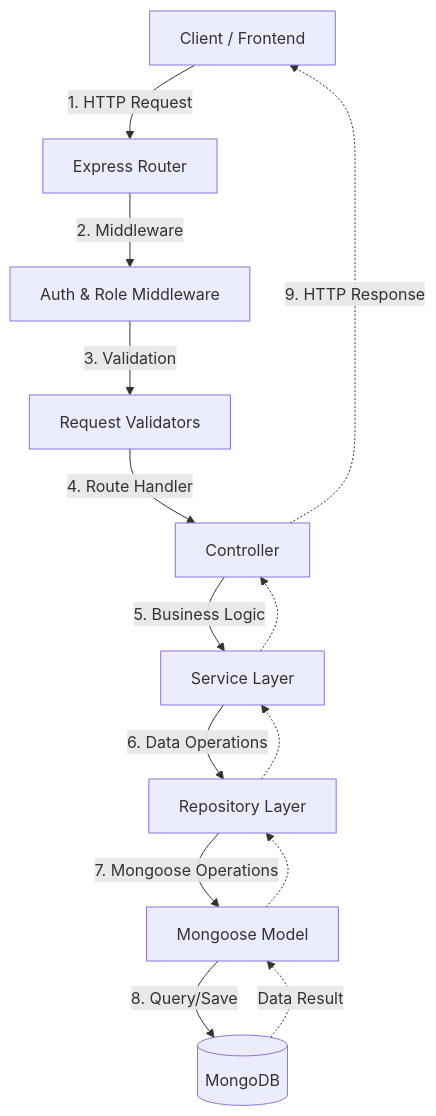
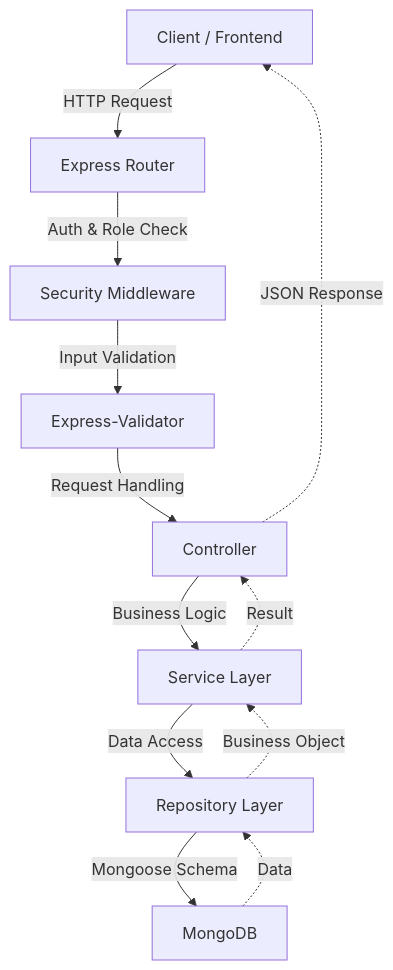
One commit to RUSIRUDEVINDA/Life-On-Land changed the diagram in README.md. Above: the diagram before and after it, drawn with Mermaid. The commit also changed other lines of this file, not shown here.

````diff
--- a/README.md
+++ b/README.md
@@ -14,17 +21,15 @@
 ```mermaid
 graph TD
-    A[Client / Frontend] -->|1. HTTP Request| B[Express Router]
-    B -->|2. Middleware| C[Auth & Role Middleware]
-    C -->|3. Validation| D[Request Validators]
-    D -->|4. Route Handler| E[Controller]
-    E -->|5. Business Logic| F[Service Layer]
-    F -->|6. Data Operations| G[Repository Layer]
-    G -->|7. Mongoose Operations| H[Mongoose Model]
-    H -->|8. Query/Save| I[(MongoDB)]
+    A[Client / Frontend] -->|HTTP Request| B[Express Router]
+    B -->|Auth & Role Check| C[Security Middleware]
+    C -->|Input Validation| D[Express-Validator]
+    D -->|Request Handling| E[Controller]
+    E -->|Business Logic| F[Service Layer]
+    F -->|Data Access| G[Repository Layer]
+    G -->|Mongoose Schema| H[MongoDB]
     
-    I -.->|Data Result| H
-    H -.-> G
-    G -.-> F
-    F -.-> E
-    E -.->|9. HTTP Response| A
+    H -.->|Data| G
+    G -.->|Business Object| F
+    F -.->|Result| E
+    E -.->|JSON Response| A
 ```
````
